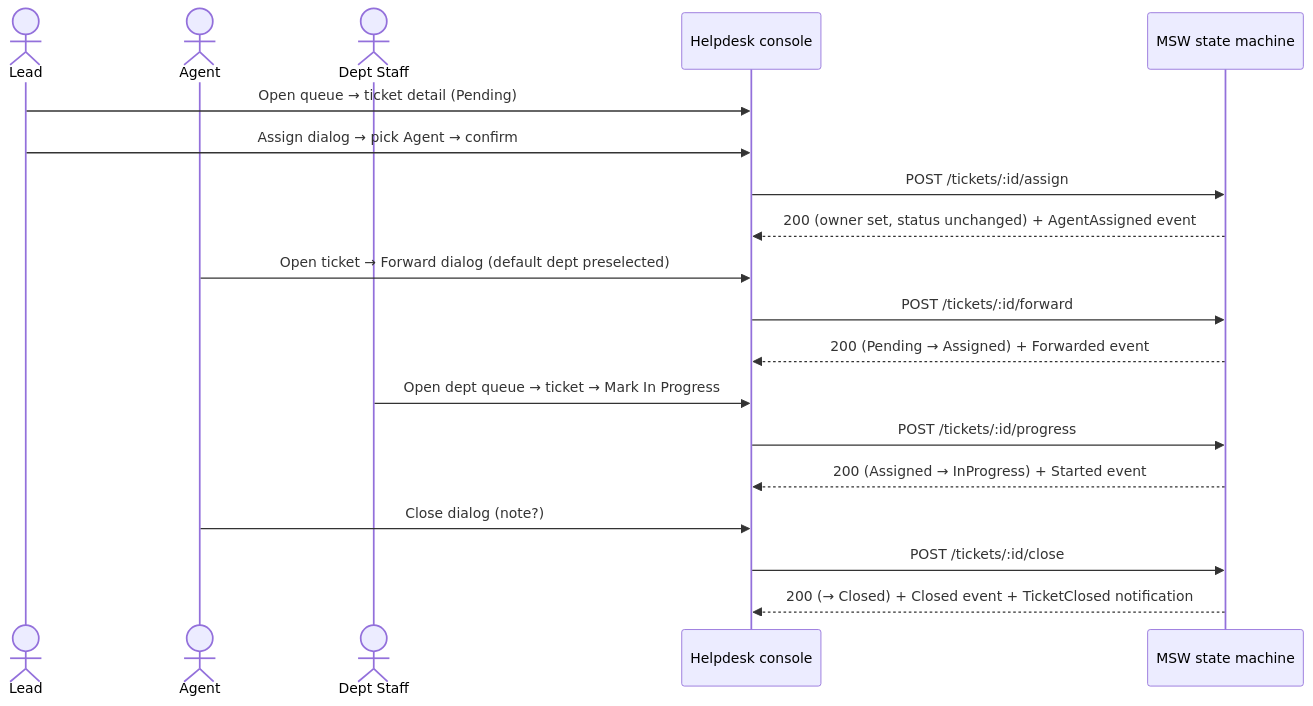
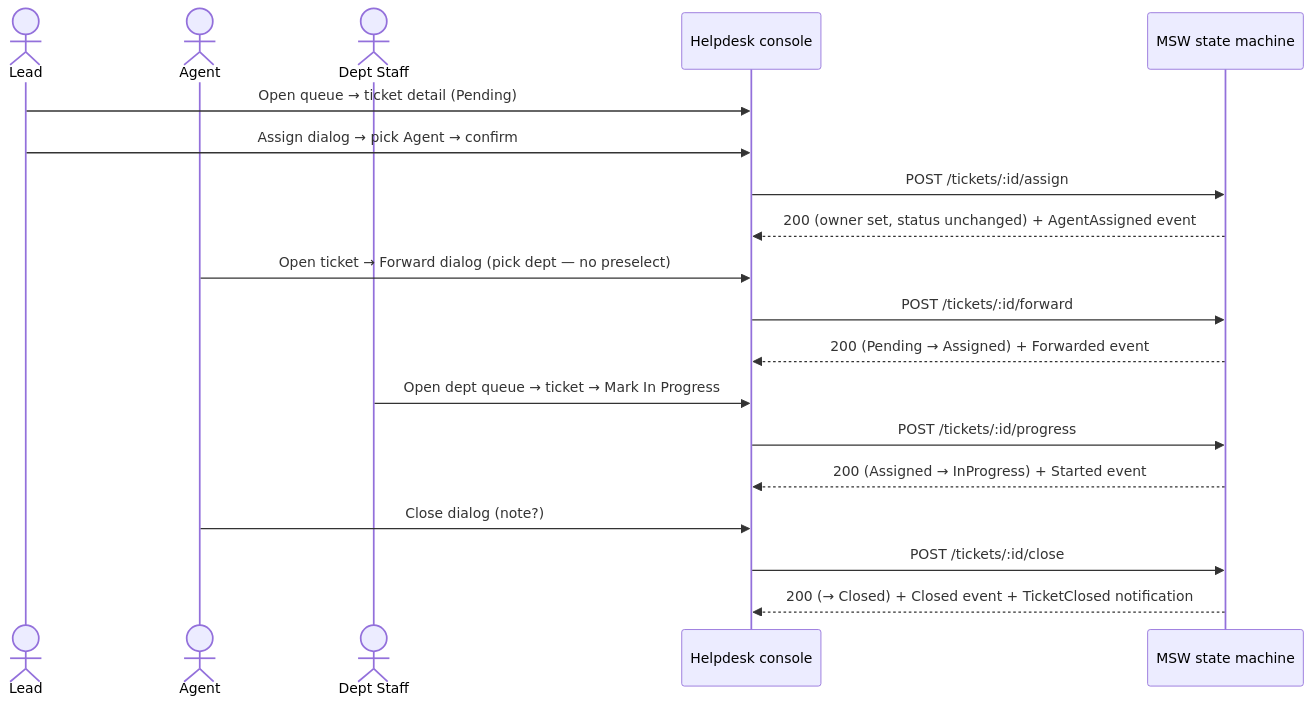
The second of 5 diagrams in docs/feature-plan.md (nguyentr02/UMS-HELPDESK-TICKET), drawn with Mermaid before and after one commit. The commit also changed other lines of this file and 11 other files, not shown here.

````diff
--- a/docs/feature-plan.md
+++ b/docs/feature-plan.md
@@ -376,21 +383,21 @@
 ```mermaid
 sequenceDiagram
   actor L as Lead
   actor A as Agent
   actor D as Dept Staff
   participant H as Helpdesk console
   participant API as MSW state machine
   L->>H: Open queue → ticket detail (Pending)
   L->>H: Assign dialog → pick Agent → confirm
   H->>API: POST /tickets/:id/assign
   API-->>H: 200 (owner set, status unchanged) + AgentAssigned event
-  A->>H: Open ticket → Forward dialog (default dept preselected)
+  A->>H: Open ticket → Forward dialog (pick dept — no preselect)
   H->>API: POST /tickets/:id/forward
   API-->>H: 200 (Pending → Assigned) + Forwarded event
   D->>H: Open dept queue → ticket → Mark In Progress
   H->>API: POST /tickets/:id/progress
   API-->>H: 200 (Assigned → InProgress) + Started event
   A->>H: Close dialog (note?)
   H->>API: POST /tickets/:id/close
   API-->>H: 200 (→ Closed) + Closed event + TicketClosed notification
 ```
````
